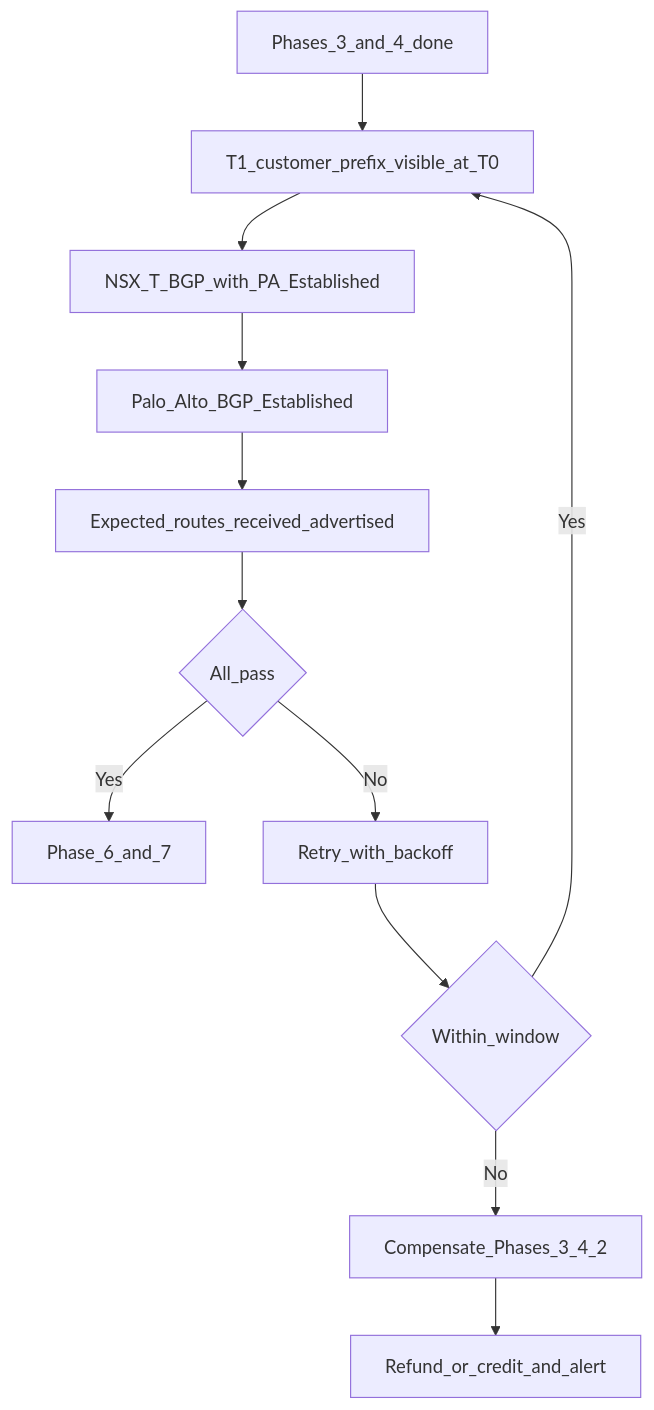
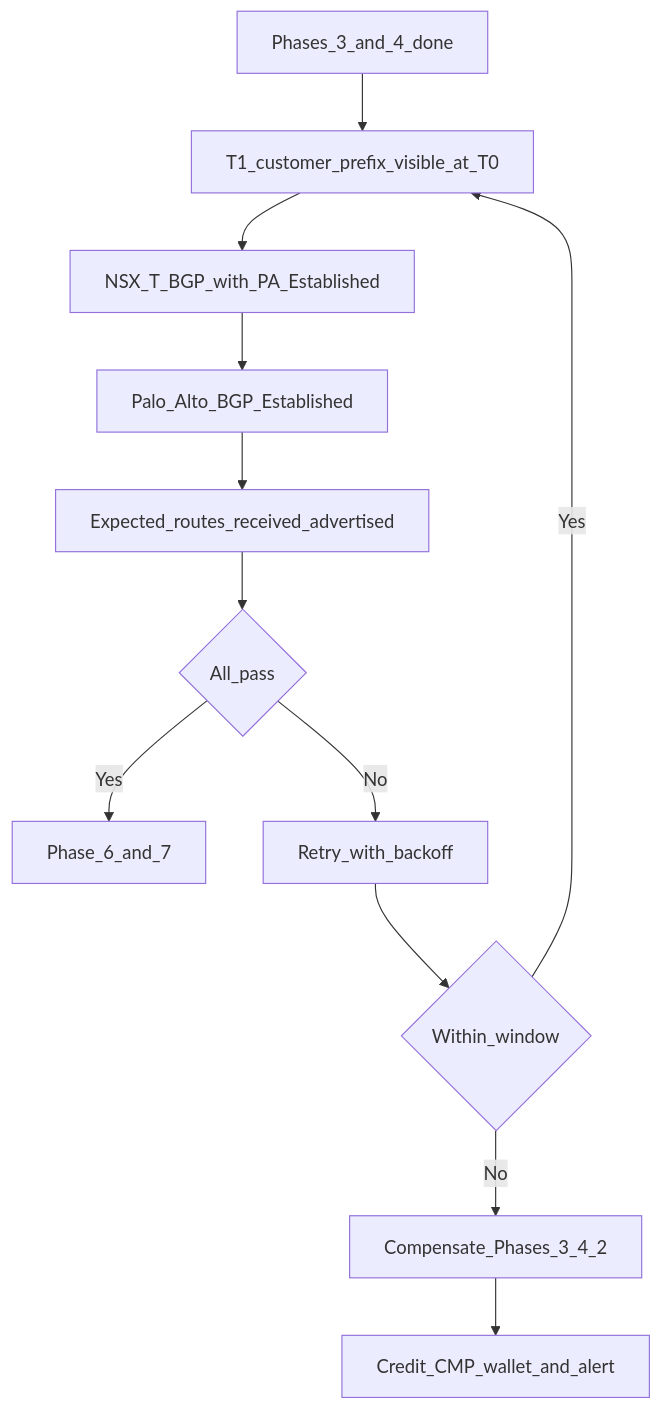
Before and after one commit to satish-londhe/admin-docs: the diagram in docs/engagements/datamount/phase-5-bgp-gate.md, drawn with Mermaid. The commit also changed other lines of this file and 10 other files, not shown here.

````diff
--- a/docs/engagements/datamount/phase-5-bgp-gate.md
+++ b/docs/engagements/datamount/phase-5-bgp-gate.md
@@ -23,14 +23,14 @@
 ```mermaid
 flowchart TB
   Start[Phases_3_and_4_done] --> CheckT1[T1_customer_prefix_visible_at_T0]
   CheckT1 --> CheckNSX[NSX_T_BGP_with_PA_Established]
   CheckNSX --> CheckPA[Palo_Alto_BGP_Established]
   CheckPA --> CheckRoutes[Expected_routes_received_advertised]
   CheckRoutes --> Ok{All_pass}
   Ok -->|Yes| Continue[Phase_6_and_7]
   Ok -->|No| Retry[Retry_with_backoff]
   Retry --> Window{Within_window}
   Window -->|Yes| CheckT1
   Window -->|No| Rollback[Compensate_Phases_3_4_2]
-  Rollback --> Billing[Refund_or_credit_and_alert]
+  Rollback --> Billing[Credit_CMP_wallet_and_alert]
 ```
````
